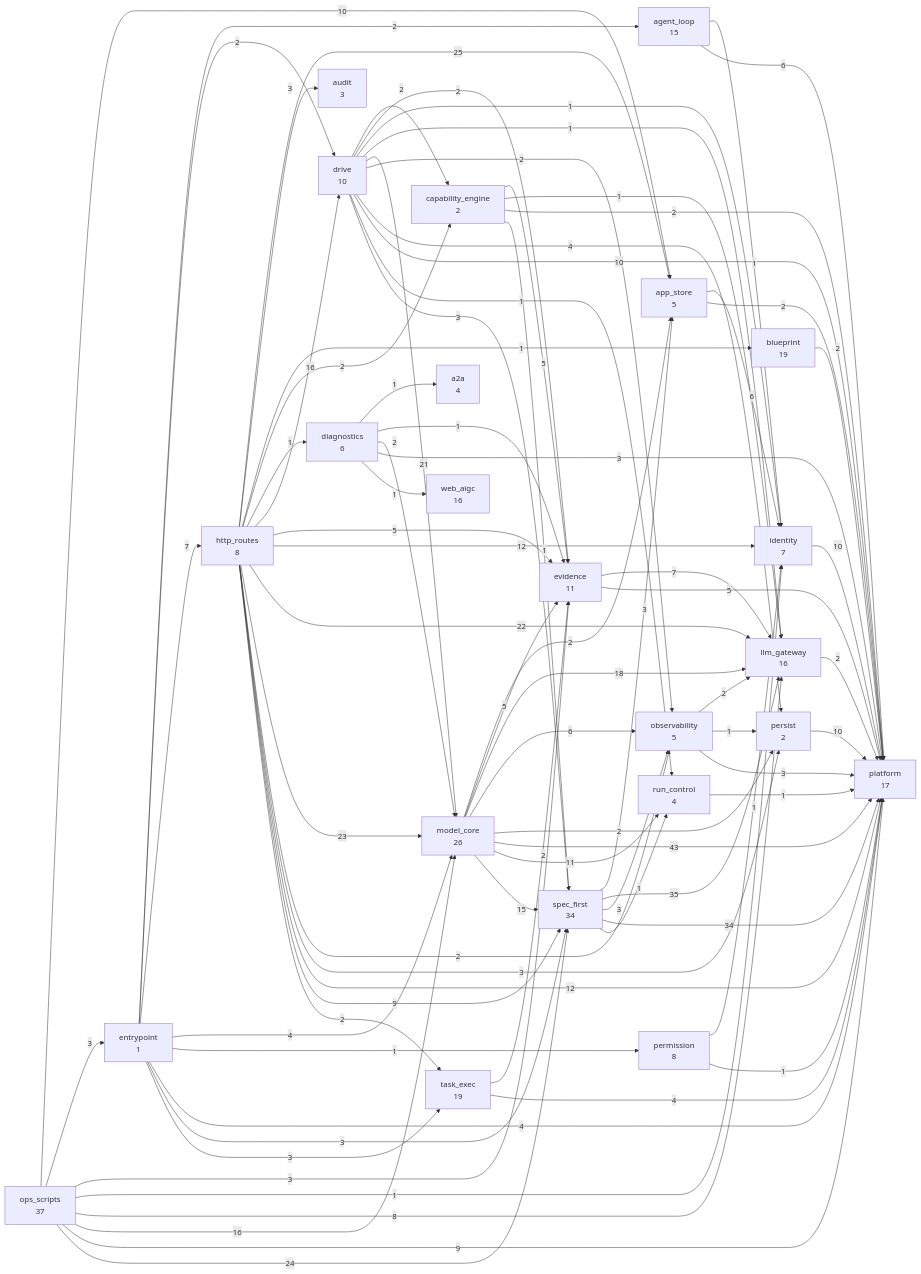
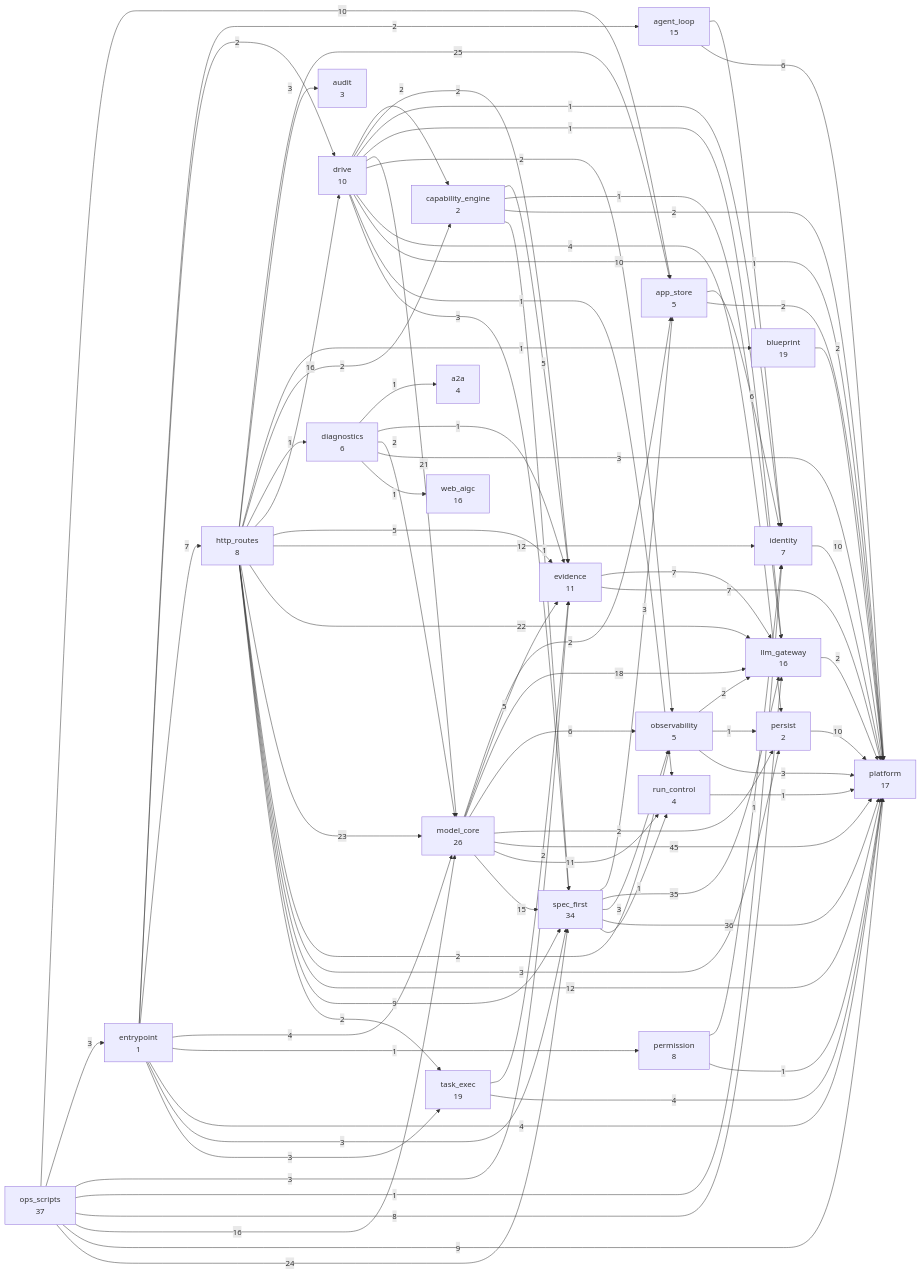
Before and after one commit to 2686521696/WhyBuddy: the second of 2 diagrams in docs/SlideRule V6.2 架构图（自动生成）.md, drawn with Mermaid. The commit also changed other lines of this file and 9 other files, not shown here.

```diff
--- a/docs/SlideRule V6.2 架构图（自动生成）.md
+++ b/docs/SlideRule V6.2 架构图（自动生成）.md
@@ -146,7 +146,7 @@
   entrypoint -->|3| spec_first
   entrypoint -->|3| task_exec
   evidence -->|7| llm_gateway
-  evidence -->|5| platform
+  evidence -->|7| platform
   http_routes -->|25| app_store
   http_routes -->|3| audit
   http_routes -->|1| blueprint
@@ -169,7 +169,7 @@
   model_core -->|18| llm_gateway
   model_core -->|6| observability
   model_core -->|2| persist
-  model_core -->|43| platform
+  model_core -->|45| platform
   model_core -->|11| run_control
   model_core -->|15| spec_first
   observability -->|2| llm_gateway
@@ -190,7 +190,7 @@
   spec_first -->|3| app_store
   spec_first -->|35| llm_gateway
   spec_first -->|3| observability
-  spec_first -->|34| platform
+  spec_first -->|36| platform
   spec_first -->|1| run_control
   task_exec -->|2| evidence
   task_exec -->|4| platform
```
